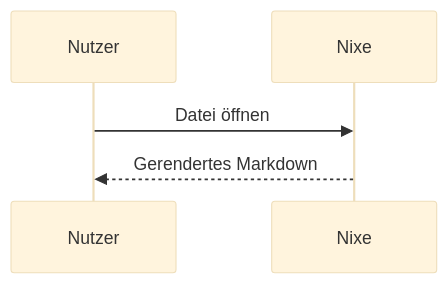
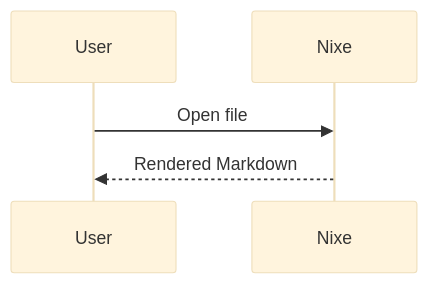
Before and after one commit to GravionLabs/nixe: the second of 5 diagrams in fixtures/mermaid.md, drawn with Mermaid (base theme). The commit also changed other lines of this file and 20 other files, not shown here.

```diff
--- a/fixtures/mermaid.md
+++ b/fixtures/mermaid.md
@@ -14,7 +14,7 @@
 ::: mermaid
  sequenceDiagram
-     participant U as Nutzer
+     participant U as User
      participant N as Nixe
-     U->>N: Datei öffnen
-     N-->>U: Gerendertes Markdown
+     U->>N: Open file
+     N-->>U: Rendered Markdown
 :::
```
